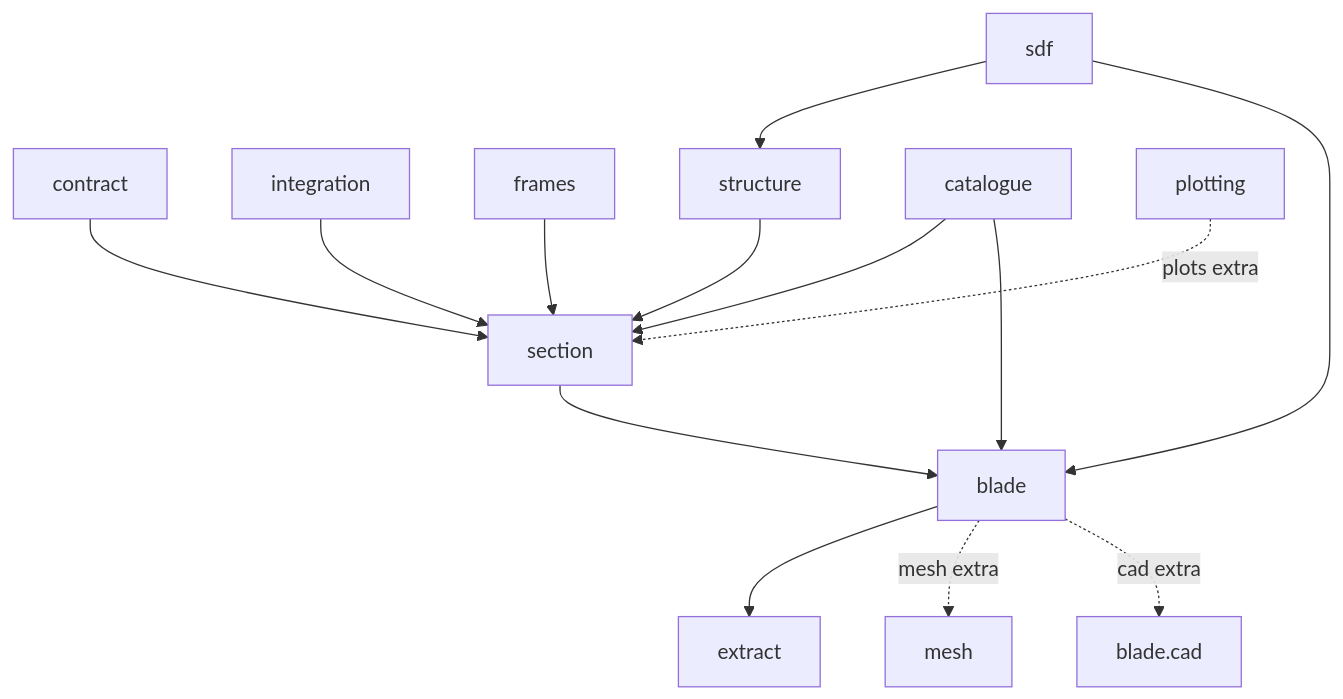
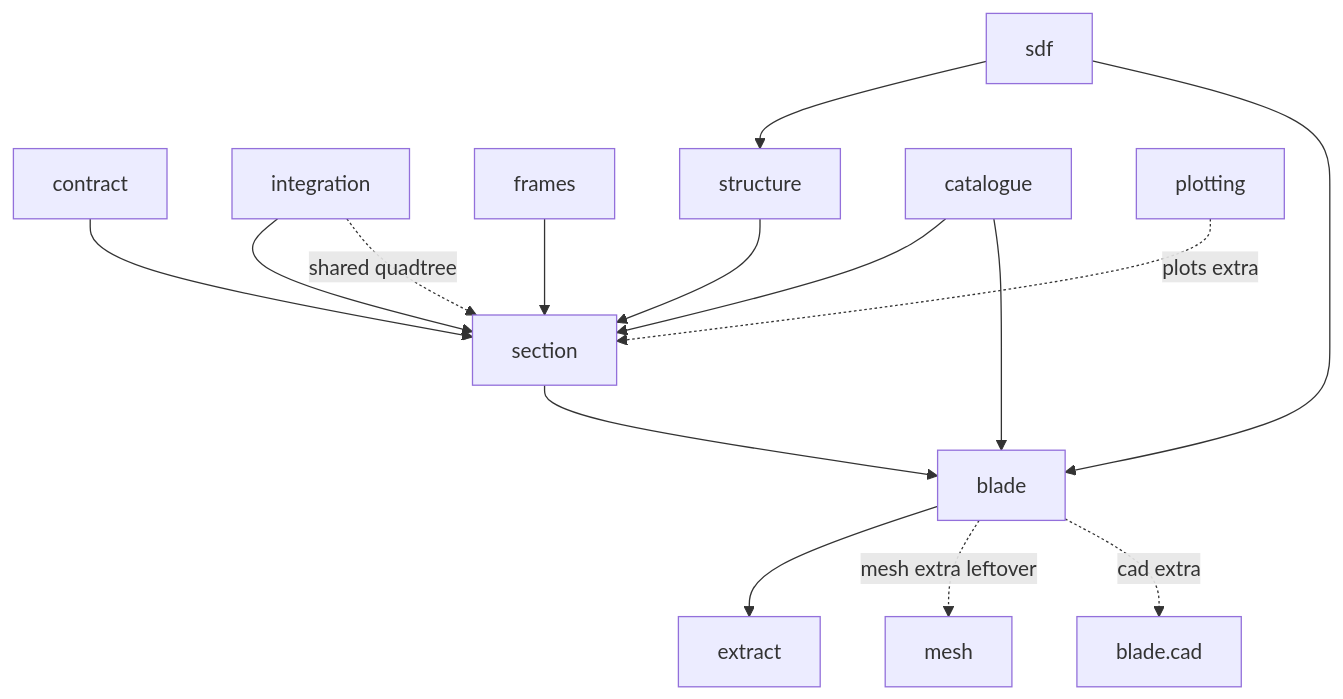
Before and after one commit to samhughes-fea/implicit-geometry-kernel: the first of 2 diagrams in docs/README.md, drawn with Mermaid. The commit also changed other lines of this file and 7 other files, not shown here.

First line of the commit message:
docs: treat build_shared_quadtree as the kernel mesh, not Gmsh

````diff
--- a/docs/README.md
+++ b/docs/README.md
@@ -37,28 +37,29 @@
 ```mermaid
 flowchart TB
   contract[contract]
   sdf[sdf]
   integration[integration]
   frames[frames]
   structure[structure]
   catalogue[catalogue]
   section[section]
   blade[blade]
   extract[extract]
   plotting[plotting]
   meshPkg[mesh]
   cad[blade.cad]
   sdf --> structure
   frames --> section
   integration --> section
   structure --> section
   catalogue --> section
   catalogue --> blade
   contract --> section
   section --> blade
   sdf --> blade
   blade --> extract
   plotting -.->|plots extra| section
-  blade -.->|mesh extra| meshPkg
+  integration -.->|shared quadtree| section
+  blade -.->|mesh extra leftover| meshPkg
   blade -.->|cad extra| cad
 ```
````
